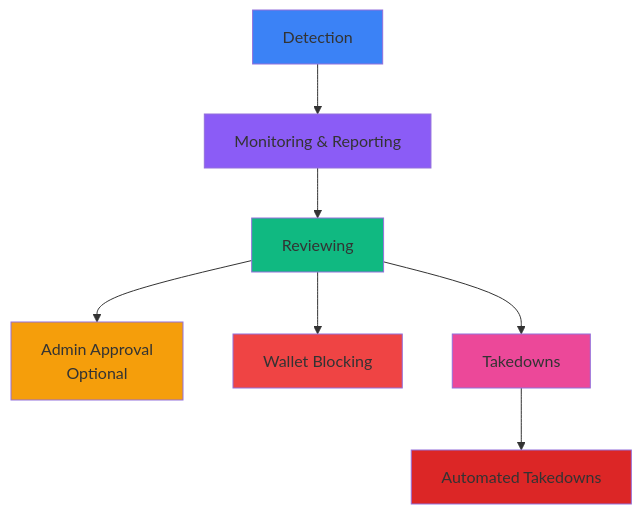
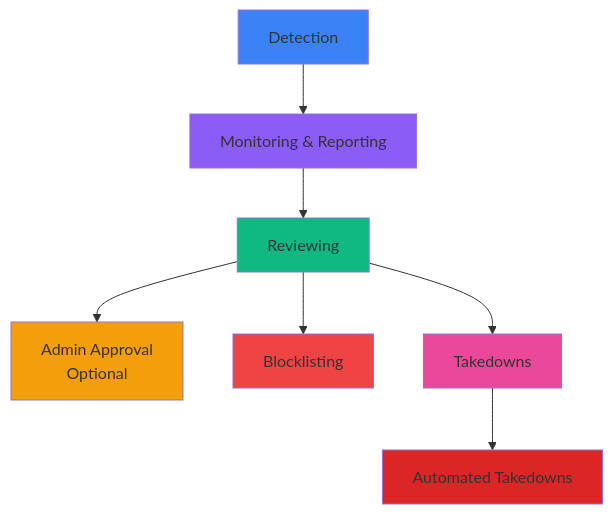
Before and after one commit to chainpatrol/docs: the diagram in protect-your-brand/services-setup.mdx, drawn with Mermaid. The commit also changed other lines of this file and 30 other files, not shown here.

````diff
--- a/protect-your-brand/services-setup.mdx
+++ b/protect-your-brand/services-setup.mdx
@@ -452,17 +450,17 @@
 ```mermaid
 flowchart TD
     Detection[Detection] --> Monitoring[Monitoring & Reporting]
     Monitoring --> Reviewing[Reviewing]
     Reviewing --> AdminApproval[Admin Approval<br/>Optional]
-    Reviewing --> WalletBlocking[Wallet Blocking]
+    Reviewing --> Blocklisting[Blocklisting]
     Reviewing --> Takedowns[Takedowns]
     Takedowns --> AutoTakedowns[Automated Takedowns]
     
     style Detection fill:#3b82f6
     style Monitoring fill:#8b5cf6
     style Reviewing fill:#10b981
     style AdminApproval fill:#f59e0b
-    style WalletBlocking fill:#ef4444
+    style Blocklisting fill:#ef4444
     style Takedowns fill:#ec4899
     style AutoTakedowns fill:#dc2626
 ```
````
